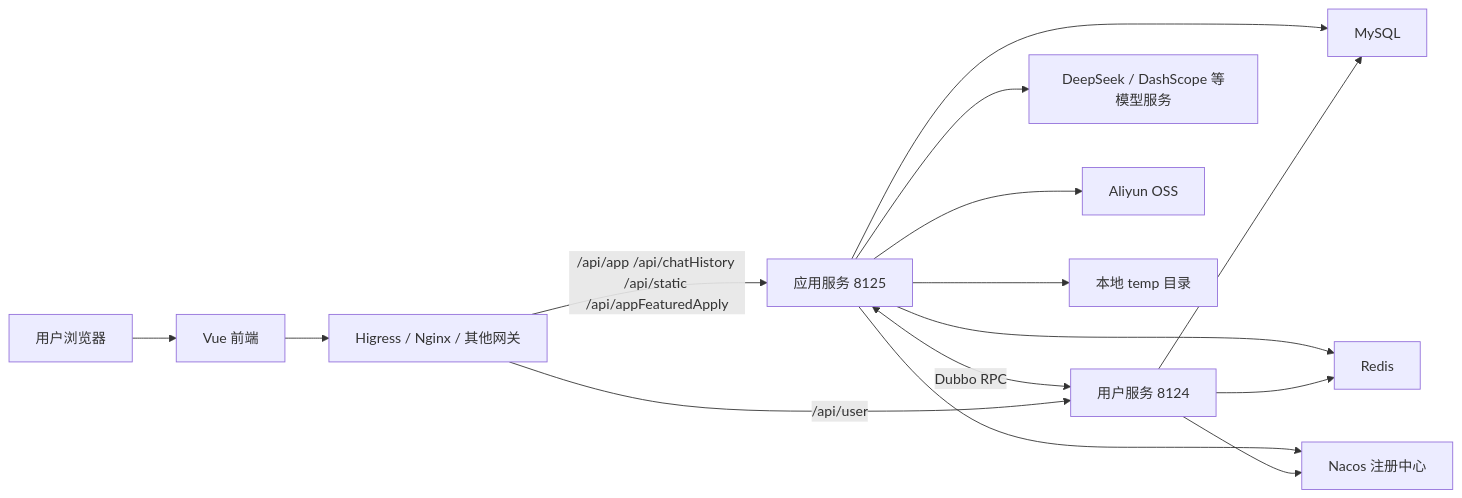
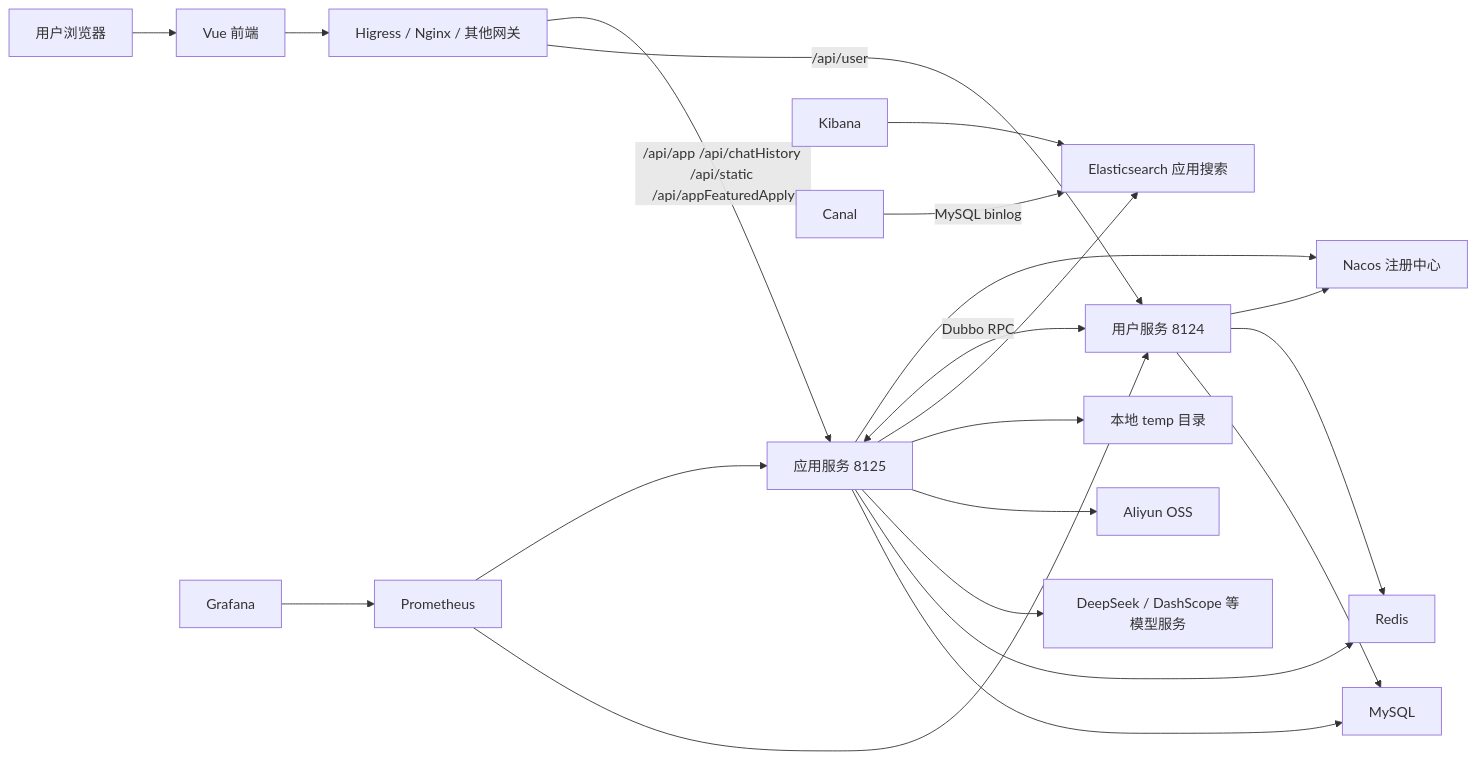
The second of 6 diagrams in README.md (lark-k/ai-zero-code-platform), drawn with Mermaid before and after one commit. The commit also changed other lines of this file and 7 other files, not shown here.

````diff
--- a/README.md
+++ b/README.md
@@ -239,17 +243,23 @@
 ```mermaid
 flowchart LR
     User["用户浏览器"] --> Frontend["Vue 前端"]
     Frontend --> Gateway["Higress / Nginx / 其他网关"]
     Gateway -->|/api/user| UserSvc["用户服务 8124"]
     Gateway -->|/api/app /api/chatHistory /api/static /api/appFeaturedApply| AppSvc["应用服务 8125"]
     UserSvc --> MySQL["MySQL"]
     UserSvc --> Redis["Redis"]
     AppSvc --> MySQL
     AppSvc --> Redis
     AppSvc --> LLM["DeepSeek / DashScope 等模型服务"]
     AppSvc --> OSS["Aliyun OSS"]
     AppSvc --> Temp["本地 temp 目录"]
+    AppSvc --> ES["Elasticsearch 应用搜索"]
+    Kibana["Kibana"] --> ES
+    Canal["Canal"] -->|MySQL binlog| ES
     AppSvc <-->|Dubbo RPC| UserSvc
     UserSvc --> Nacos["Nacos 注册中心"]
     AppSvc --> Nacos
+    Prometheus["Prometheus"] --> UserSvc
+    Prometheus --> AppSvc
+    Grafana["Grafana"] --> Prometheus
 ```
````
